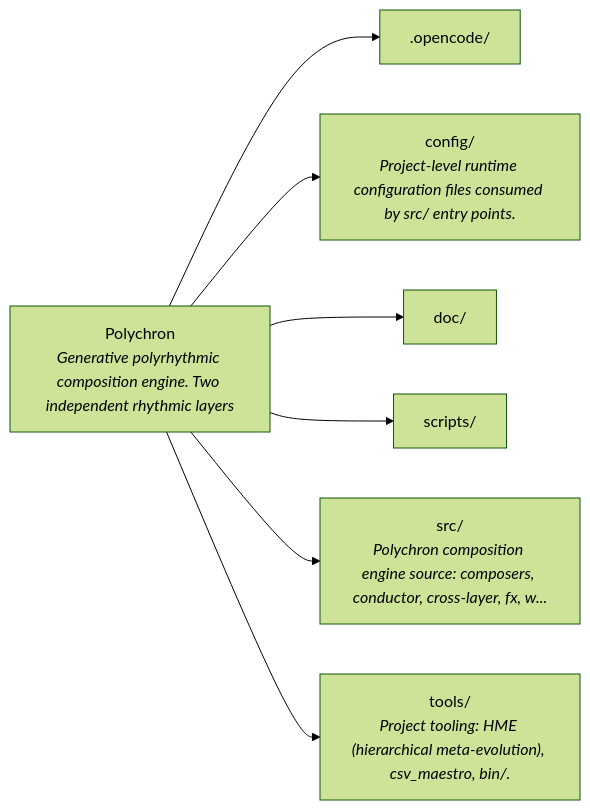
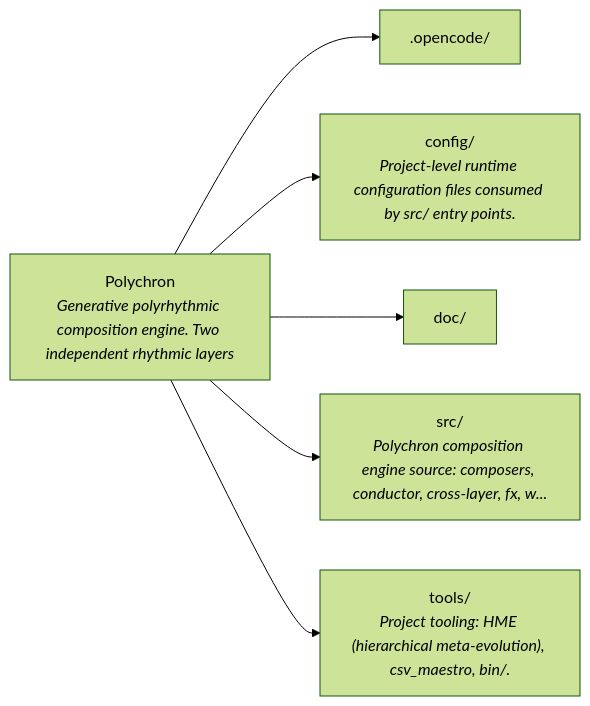
Before and after one commit to PolychronMidi/Polychron: the first of 5 diagrams in README.md, drawn with Mermaid (forest theme).

Commit message:
2026-05-27T04:10:38

````diff
--- a/README.md
+++ b/README.md
@@ -58,16 +58,14 @@
 ```mermaid
 flowchart LR
     root["Polychron<br/><i>Generative polyrhythmic composition engine. Two independent rhythmic layers</i>"]
     _opencode[".opencode/"]
     root --> _opencode
     config["config/<br/><i>Project-level runtime configuration files consumed by src/ entry points.</i>"]
     root --> config
     doc["doc/"]
     root --> doc
-    scripts["scripts/"]
-    root --> scripts
     src["src/<br/><i>Polychron composition engine source: composers, conductor, cross-layer, fx, w...</i>"]
     root --> src
     tools["tools/<br/><i>Project tooling: HME (hierarchical meta-evolution), csv_maestro, bin/.</i>"]
     root --> tools
 ```
````
